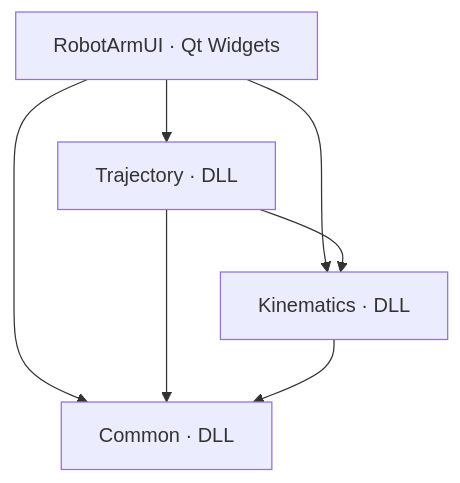
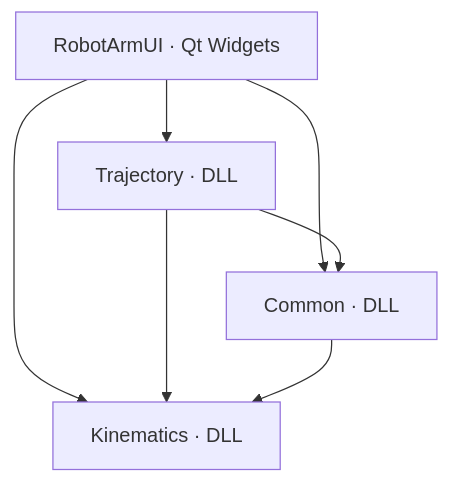
One commit to Uesr20251011/RobotArmProject changed the diagram in docs/architecture.md. Above: the diagram before and after it, drawn with Mermaid. The commit also changed other lines of this file and 10 other files, not shown here.

````diff
--- a/docs/architecture.md
+++ b/docs/architecture.md
@@ -7,9 +7,9 @@
 ```mermaid
 flowchart TD
     UI[RobotArmUI · Qt Widgets] --> T[Trajectory · DLL]
     UI --> K[Kinematics · DLL]
     UI --> C[Common · DLL]
     T --> K
     T --> C
-    K --> C
+    C --> K
 ```
````
